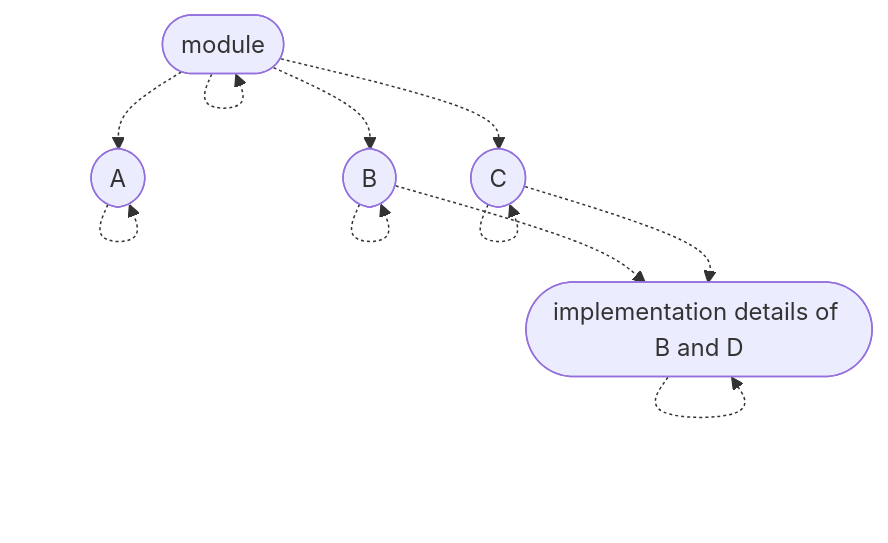
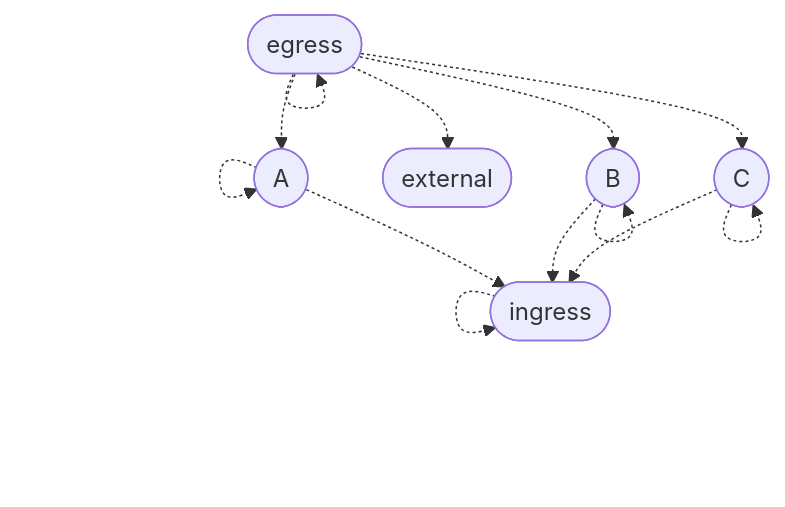
Before and after one commit to stepchowfun/proofs: diagram 23 of 25 in proofs/AdmissibilityGraph/README.md, drawn with Mermaid. The commit also changed other lines of this file, not shown here.

Commit message:
Flesh out the admissibility graph patterns

````diff
--- a/proofs/AdmissibilityGraph/README.md
+++ b/proofs/AdmissibilityGraph/README.md
@@ -420,19 +456,22 @@
 ```mermaid
 flowchart TD
-  m([module])
+  e([egress])
+  i([ingress])
   a([A])
   b([B])
   c([C])
-  i([implementation details of B and D])
+  z([external])
 
-  m -.-> m
+  e -.-> e
+  i -.-> i
   a -.-> a
   b -.-> b
   c -.-> c
-  i -.-> i
-  m -.-> a
-  m -.-> b
-  m -.-> c
+  e -.-> a
+  e -.-> b
+  e -.-> c
+  a -.-> i
   b -.-> i
   c -.-> i
+  e -.-> z
 ```
````
